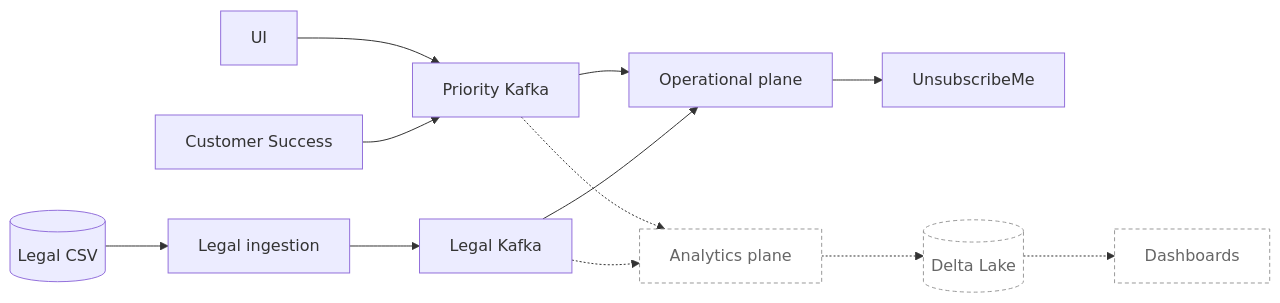
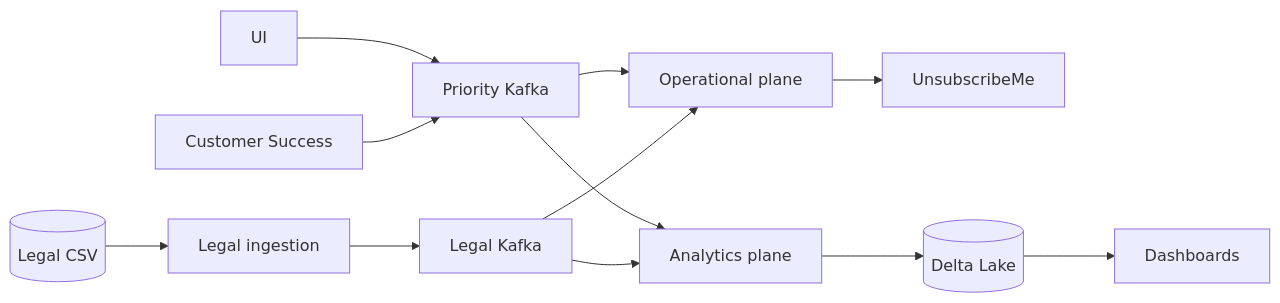
One commit to ivszhuravlev/tikblog-unsubscribe-platform changed the first of 3 diagrams in README.md. Above: the diagram before and after it, drawn with Mermaid. The commit also changed other lines of this file and 52 other files, not shown here.

````diff
--- a/README.md
+++ b/README.md
@@ -33,17 +32,14 @@
 ```mermaid
 flowchart LR
     UI[UI] --> PK[Priority Kafka]
     CS[Customer Success] --> PK
     LF[(Legal CSV)] --> LI[Legal ingestion] --> LK[Legal Kafka]
 
     PK --> OP[Operational plane]
     LK --> OP
     OP --> UM[UnsubscribeMe]
 
-    PK -.-> AN[Analytics plane]
-    LK -.-> AN
-    AN -.-> DL[(Delta Lake)] -.-> DSH[Dashboards]
-
-    class AN,DL,DSH planned
-    classDef planned fill:#fff,stroke:#999,stroke-dasharray:4 3,color:#666
+    PK --> AN[Analytics plane]
+    LK --> AN
+    AN --> DL[(Delta Lake)] --> DSH[Dashboards]
 ```
````
